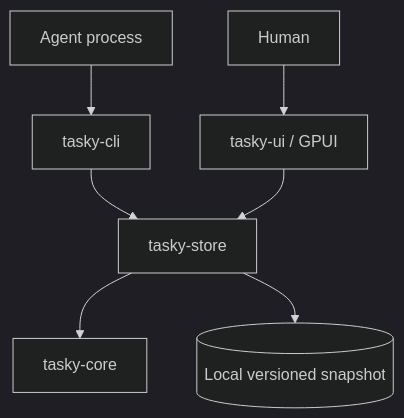
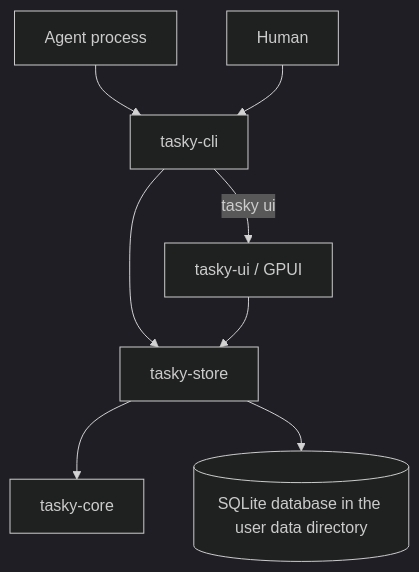
One commit to pachuc/tasky changed the first of 2 diagrams in plan.md. Above: the diagram before and after it, drawn with Mermaid (dark theme). The commit also changed other lines of this file and 27 other files, not shown here.

````diff
--- a/plan.md
+++ b/plan.md
@@ -18,9 +19,10 @@
 ```mermaid
 flowchart TD
     Agent[Agent process] --> CLI[tasky-cli]
-    Human[Human] --> UI[tasky-ui / GPUI]
+    Human[Human] --> CLI
+    CLI -->|tasky ui| UI[tasky-ui / GPUI]
     CLI --> Store[tasky-store]
     UI --> Store
     Store --> Core[tasky-core]
-    Store --> Disk[(Local versioned snapshot)]
+    Store --> Disk[(SQLite database in the user data directory)]
 ```
````
